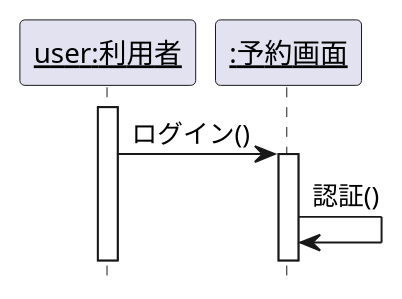
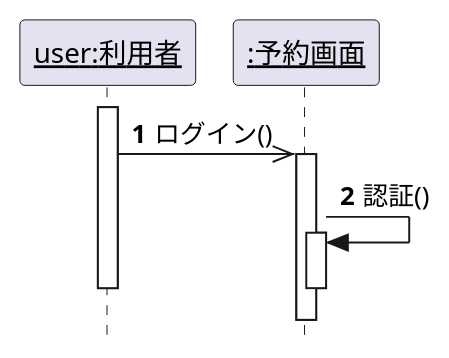
Before and after one commit to Nshikawakazuki/uml-intr: the diagram in 演習4-2_SD_利用者と予約画面.pu, drawn with PlantUML. The commit also changed 1 other file, not shown here.

```diff
--- a/演習4-2_SD_利用者と予約画面.pu
+++ b/演習4-2_SD_利用者と予約画面.pu
@@ -1,9 +1,16 @@
-@startuml ログイン
+@startuml 演習4-2_SD_利用者と予約画面.pu
 hide footbox
+skinparam style strictuml
 participant "<u>user:利用者</u>" as user
-participant "<u>:予約画面</u>" as sc
-activate user
-    user -> sc: ログイン()
-    activate sc
-    sc -> sc: 認証()
+participant "<u>:予約画面</u>" as yoyaku
+autonumber
+activate  user
+user ->> yoyaku : ログイン()
+  activate  yoyaku
+    yoyaku -> yoyaku : 認証()
+    activate  yoyaku
+    ' yoyaku --> yoyaku 
+  deactivate  yoyaku
+deactivate user
+
 @enduml
```
